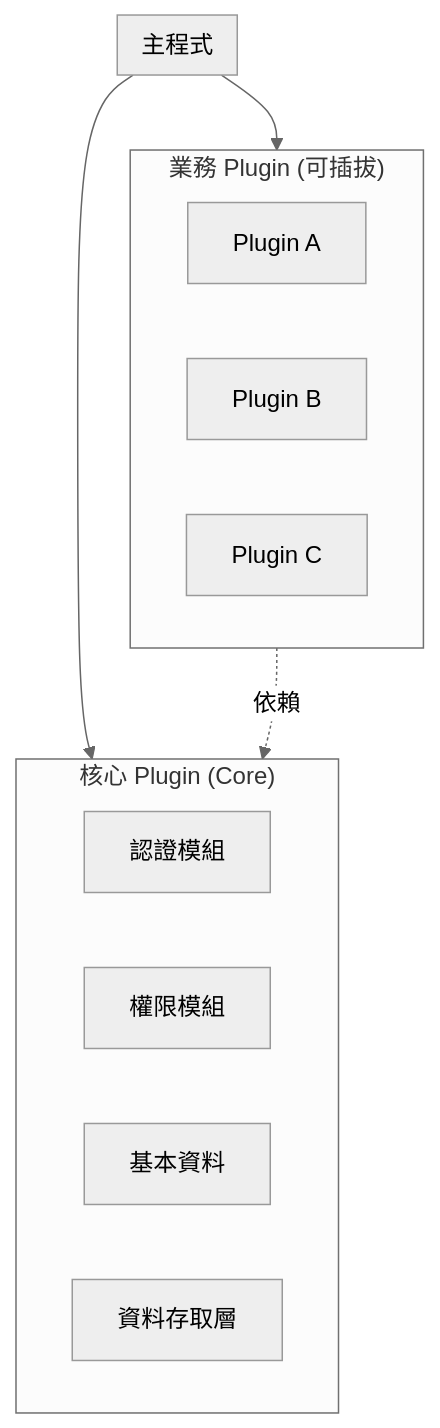
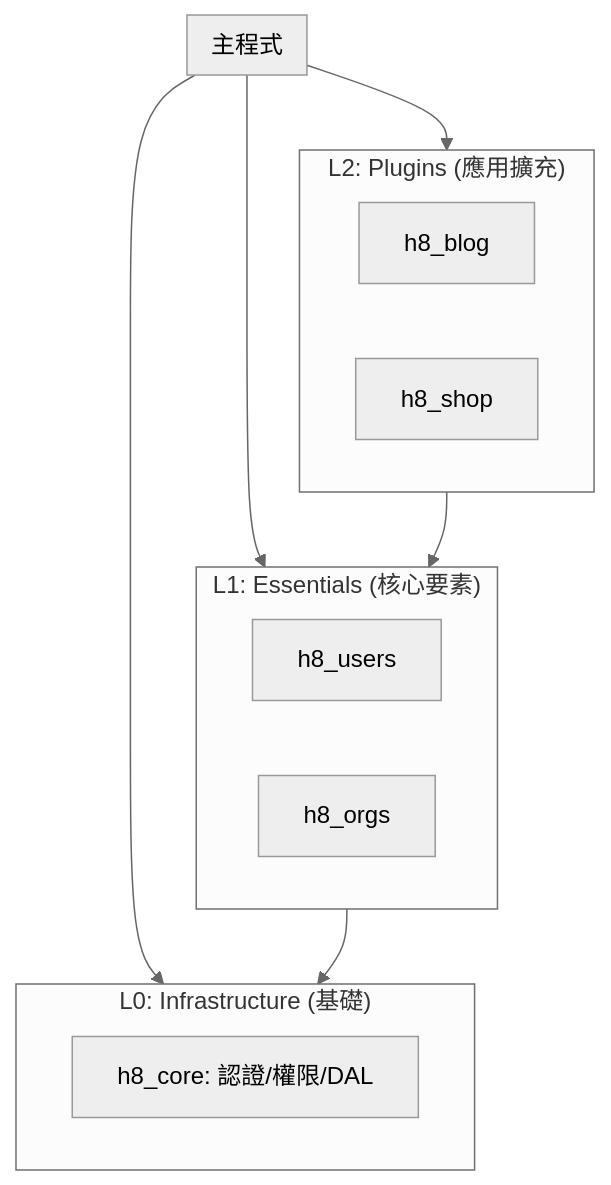
Before and after one commit to lmanliang/h8: the fifth of 7 diagrams in docs/spec.md, drawn with Mermaid (neutral theme). The commit also changed other lines of this file and 2 other files, not shown here.

Commit message:
更新系統架構與權限機制文檔，調整 Plugin 分類與層級說明，強化資料存取層規範

````diff
--- a/docs/spec.md
+++ b/docs/spec.md
@@ -200,23 +200,27 @@
 ```mermaid
 flowchart TB
     subgraph Main[主程式]
         direction TB
     end
     
-    subgraph Core["核心 Plugin (Core)"]
-        Auth[認證模組]
-        Role[權限模組]
-        Base[基本資料]
-        Data[資料存取層]
+    subgraph L0["L0: Infrastructure (基礎)"]
+        Auth[h8_core: 認證/權限/DAL]
+    end
+
+    subgraph L1["L1: Essentials (核心要素)"]
+        Users[h8_users]
+        Orgs[h8_orgs]
     end
     
-    subgraph Biz["業務 Plugin (可插拔)"]
-        P1[Plugin A]
-        P2[Plugin B]
-        P3[Plugin C]
+    subgraph L2["L2: Plugins (應用擴充)"]
+        P1[h8_blog]
+        P2[h8_shop]
     end
     
-    Main --> Core
-    Main --> Biz
-    Biz -.->|依賴| Core
+    Main --> L0
+    Main --> L1
+    Main --> L2
+    
+    L2 --> L1
+    L1 --> L0
 ```
````
